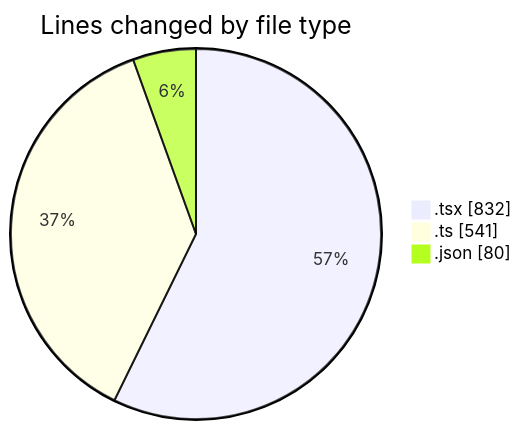
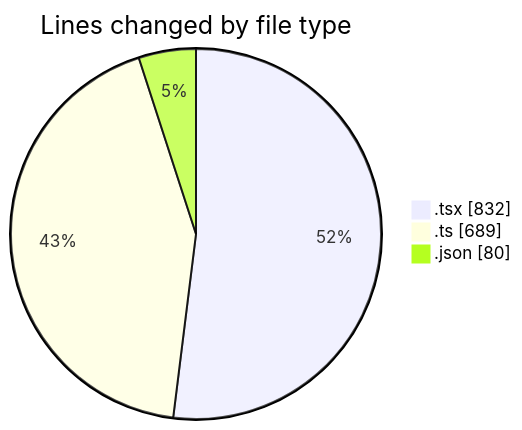
The first of 2 diagrams in 2026-03-25/nxtqube_webapp/README.md (nxtqubesakshisongat/code-tracking), drawn with Mermaid before and after one commit. The commit also changed other lines of this file and 1 other file, not shown here.

````diff
--- a/2026-03-25/nxtqube_webapp/README.md
+++ b/2026-03-25/nxtqube_webapp/README.md
@@ -25,7 +25,7 @@
 ```mermaid
 pie showData
 title Lines changed by file type
 ".tsx" : 832
-".ts" : 541
+".ts" : 689
 ".json" : 80
 ```
````
